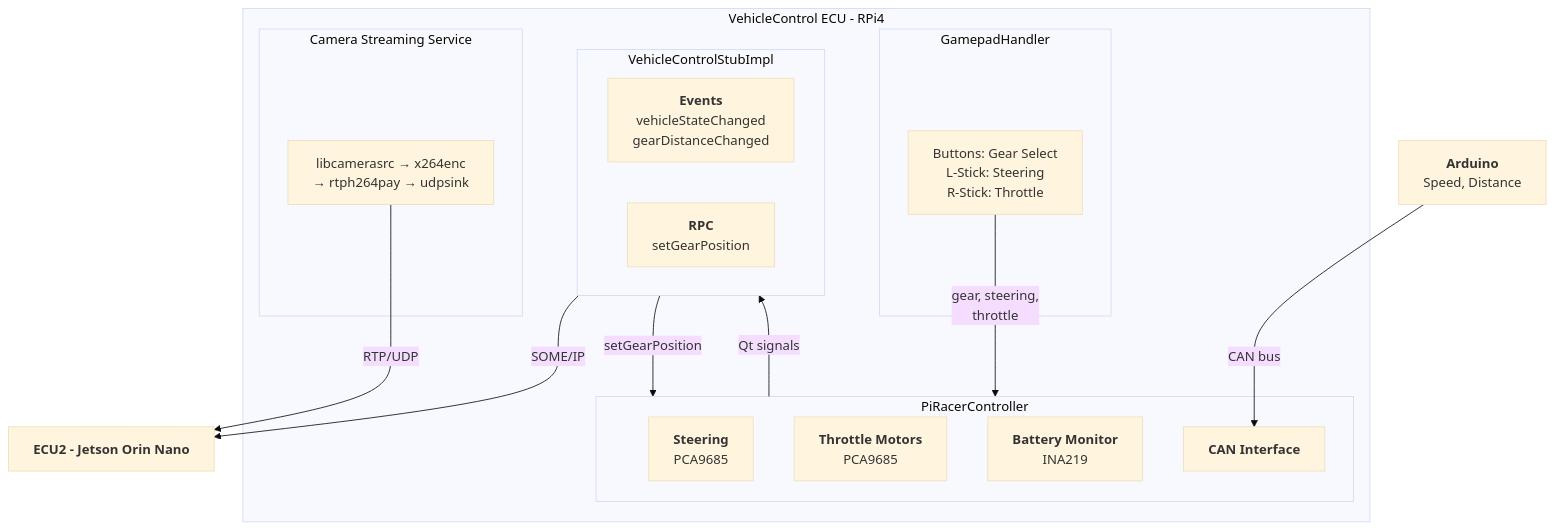
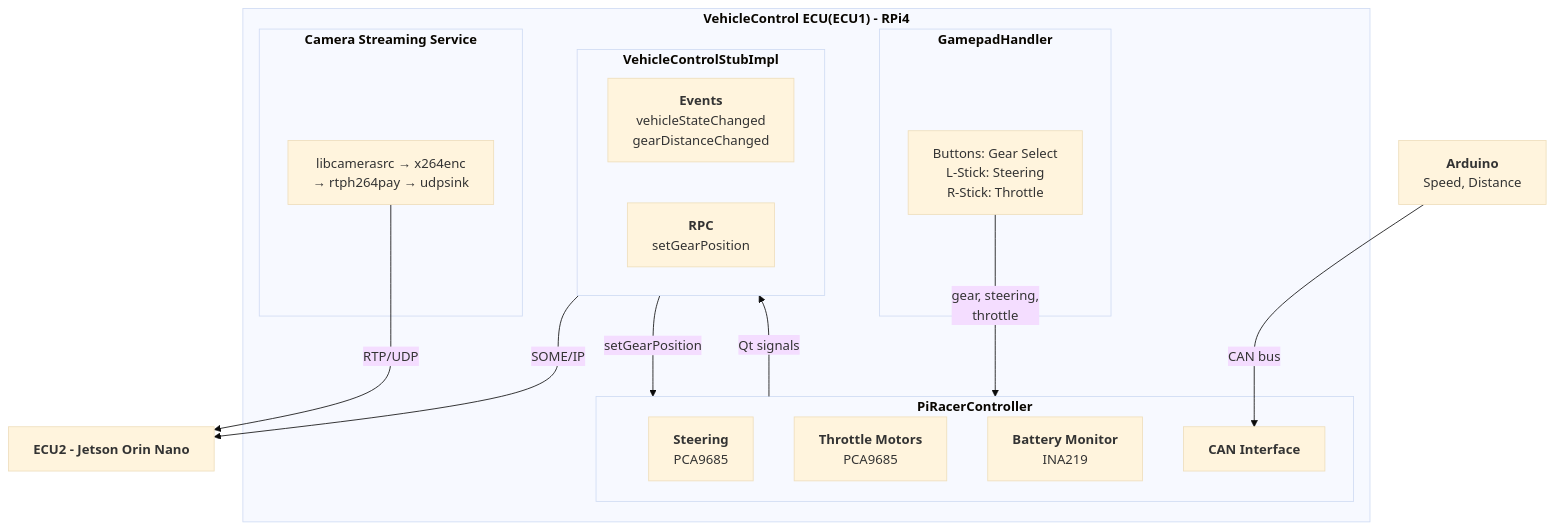
The diagram in README1.md (Changseok-Oh29/DES_Head-Unit), drawn with Mermaid (base theme) before and after one commit.

Commit message:
changed the software architecture diagram regarding the title and enter stuffs

````diff
--- a/README1.md
+++ b/README1.md
@@ -60,37 +60,37 @@
 ```mermaid
 graph TD
     Arduino["<b>Arduino</b><br/>Speed, Distance"]
 
-    subgraph ECU1["VehicleControl ECU - RPi4"]
+    subgraph ECU1["<b>VehicleControl ECU(ECU1) - RPi4</b>"]
 
-        subgraph Gamepad["GamepadHandler"]
+        subgraph Gamepad["<b>GamepadHandler</b>"]
             GP_Buttons["Buttons: Gear Select<br/>L-Stick: Steering<br/>R-Stick: Throttle"]
         end
 
-        subgraph PiRacer["PiRacerController"]
+        subgraph PiRacer["<b>PiRacerController</b>"]
             Steering["<b>Steering</b><br/>PCA9685"]
             Throttle["<b>Throttle Motors</b><br/>PCA9685"]
             Battery["<b>Battery Monitor</b><br/>INA219"]
             CAN["<b>CAN Interface</b>"]
         end
 
-        subgraph Stub["VehicleControlStubImpl"]
+        subgraph Stub["<b>VehicleControlStubImpl</b>"]
             direction LR
             Events["<b>Events</b><br/>vehicleStateChanged<br/>gearDistanceChanged"]
             RPC["<b>RPC</b><br/>setGearPosition"]
         end
 
-        subgraph Camera["Camera Streaming Service"]
+        subgraph Camera["<b>Camera Streaming Service</b>"]
             Pipeline["libcamerasrc → x264enc<br/>→ rtph264pay → udpsink"]
         end
     end
 
     ECU2["<b>ECU2 - Jetson Orin Nano</b>"]
 
     Arduino -- "CAN bus" --> CAN
     GP_Buttons -- "gear, steering,<br/>throttle" --> PiRacer
     PiRacer -- "Qt signals" --> Events
     RPC -- "setGearPosition" --> PiRacer
     Events -- "SOME/IP" --> ECU2
     Pipeline -- "RTP/UDP" --> ECU2
 ```
````
